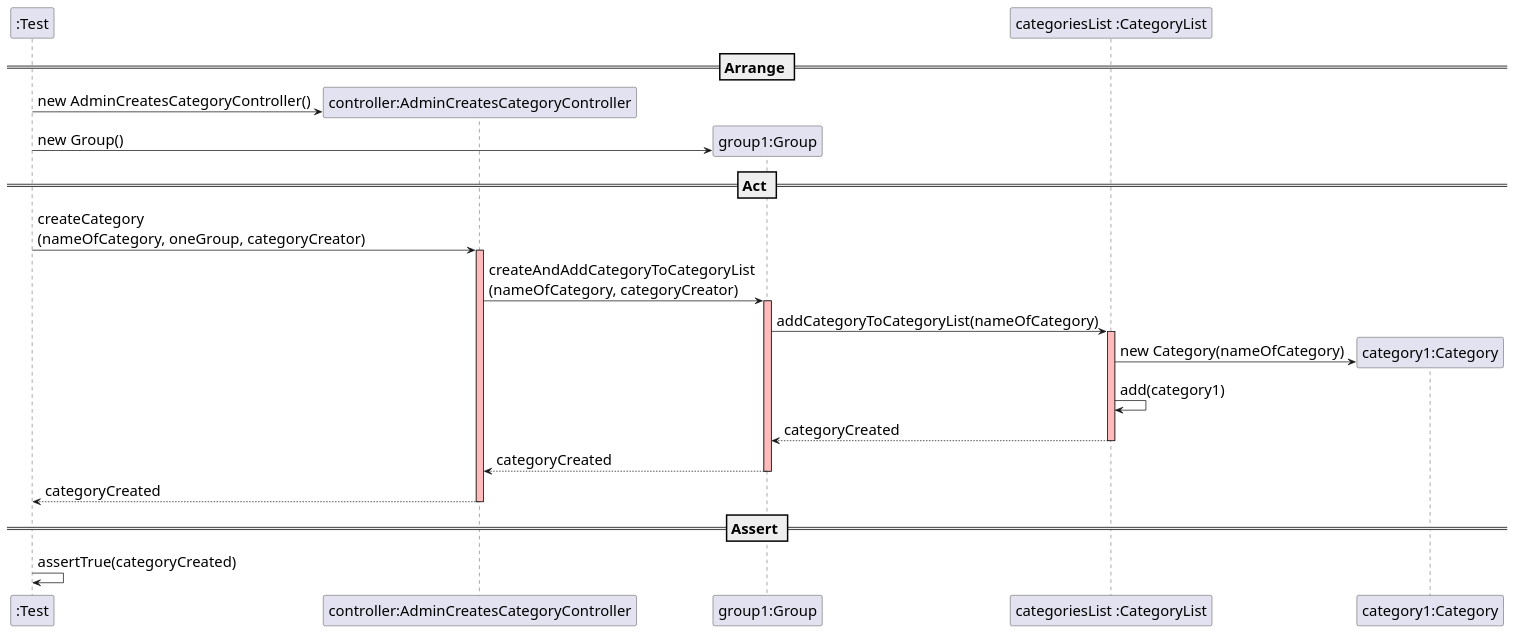
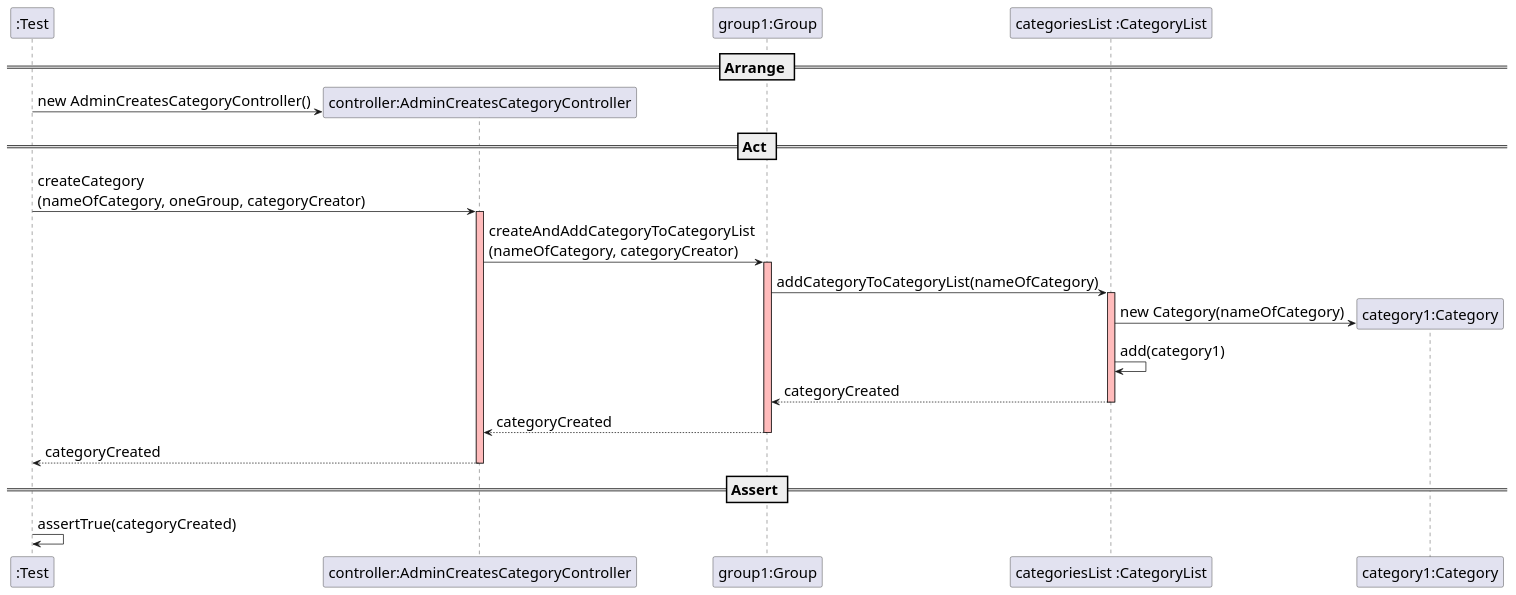
One commit to mleitaoribeiro/DevOpsMaven changed the diagram in docs/SequenceDiagram - US005.1.puml. Above: the diagram before and after it, drawn with PlantUML.

Commit message:
ref #496: US005.1 Sequence Diagram - corrections

```diff
--- a/docs/SequenceDiagram - US005.1.puml
+++ b/docs/SequenceDiagram - US005.1.puml
@@ -1,34 +1,32 @@
 @startuml
 
 skinparam DefaultFontSize 20
 
 create ":Test"
 
 == Arrange ==
 create "controller:AdminCreatesCategoryController"
 ":Test" -> "controller:AdminCreatesCategoryController" : new AdminCreatesCategoryController()
-create "group1:Group"
-":Test" -> "group1:Group" : new Group()
-
+participant "group1:Group"
 
 == Act ==
 ":Test" -> "controller:AdminCreatesCategoryController" : createCategory\n(nameOfCategory, oneGroup, categoryCreator)
 activate "controller:AdminCreatesCategoryController" #FFBBBB
 "controller:AdminCreatesCategoryController" -> "group1:Group" : createAndAddCategoryToCategoryList\n(nameOfCategory, categoryCreator)
 activate "group1:Group" #FFBBBB
 "group1:Group" -> "categoriesList :CategoryList" : addCategoryToCategoryList(nameOfCategory)
 activate "categoriesList :CategoryList" #FFBBBB
 create "category1:Category"
 "categoriesList :CategoryList" -> "category1:Category" : new Category(nameOfCategory)
 "categoriesList :CategoryList"-> "categoriesList :CategoryList" : add(category1)
 "categoriesList :CategoryList" --> "group1:Group" : categoryCreated
 deactivate "categoriesList :CategoryList" #FFBBBB
 "group1:Group" --> "controller:AdminCreatesCategoryController" : categoryCreated
 deactivate "group1:Group" #FFBBBB
 "controller:AdminCreatesCategoryController" --> ":Test" : categoryCreated
 deactivate "controller:AdminCreatesCategoryController" #FFBBBB
 
 == Assert ==
 ":Test" -> ":Test" : assertTrue(categoryCreated)
 
 @enduml
```
